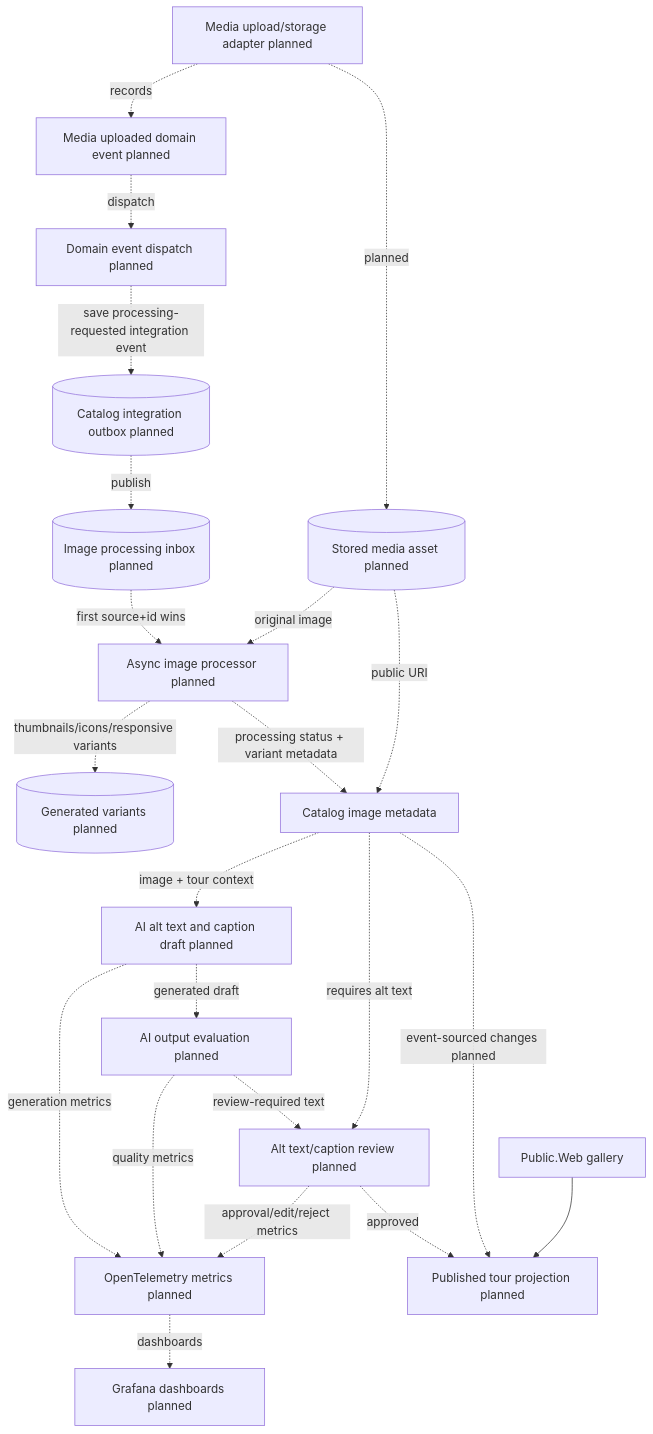
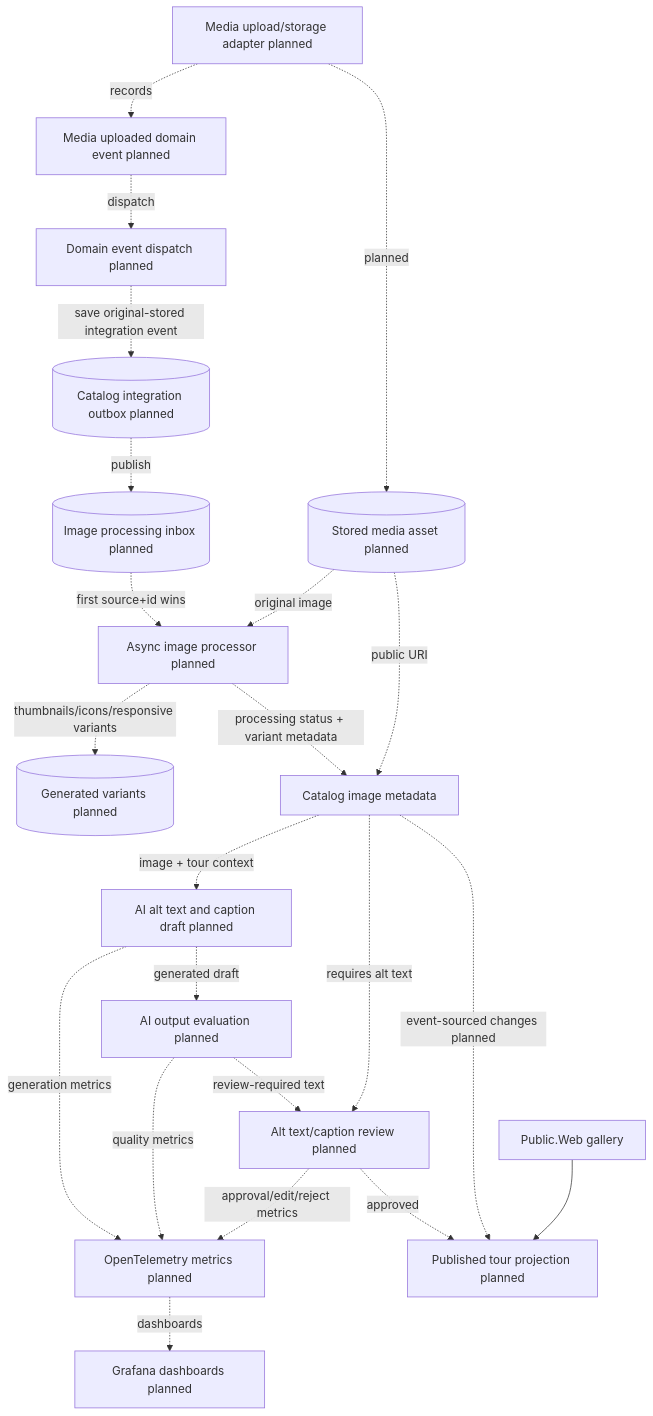
The ninth of 9 diagrams in docs/architecture/FLOWS.md (danigutsch/ViajantesTurismo), drawn with Mermaid before and after one commit. The commit also changed other lines of this file and 10 other files, not shown here.

````diff
--- a/docs/architecture/FLOWS.md
+++ b/docs/architecture/FLOWS.md
@@ -263,41 +263,41 @@
 ```mermaid
 flowchart TB
     upload[Media upload/storage adapter planned]
     asset[(Stored media asset planned)]
     domainEvent[Media uploaded domain event planned]
     domainDispatch[Domain event dispatch planned]
     outbox[(Catalog integration outbox planned)]
     inbox[(Image processing inbox planned)]
     processor[Async image processor planned]
     variants[(Generated variants planned)]
     metadata[Catalog image metadata]
     ai[AI alt text and caption draft planned]
     eval[AI output evaluation planned]
     telemetry[OpenTelemetry metrics planned]
     grafana[Grafana dashboards planned]
     review[Alt text/caption review planned]
     projection[Published tour projection planned]
     publicWeb[Public.Web gallery]
 
     upload -. planned .-> asset
     upload -. records .-> domainEvent
     domainEvent -. dispatch .-> domainDispatch
-    domainDispatch -. save processing-requested integration event .-> outbox
+    domainDispatch -. save original-stored integration event .-> outbox
     outbox -. publish .-> inbox
     inbox -. first source+id wins .-> processor
     asset -. original image .-> processor
     processor -. thumbnails/icons/responsive variants .-> variants
     processor -. processing status + variant metadata .-> metadata
     asset -. public URI .-> metadata
     metadata -. image + tour context .-> ai
     ai -. generated draft .-> eval
     eval -. review-required text .-> review
     ai -. generation metrics .-> telemetry
     eval -. quality metrics .-> telemetry
     review -. approval/edit/reject metrics .-> telemetry
     telemetry -. dashboards .-> grafana
     metadata -. requires alt text .-> review
     review -. approved .-> projection
     metadata -. event-sourced changes planned .-> projection
     publicWeb --> projection
 ```
````
